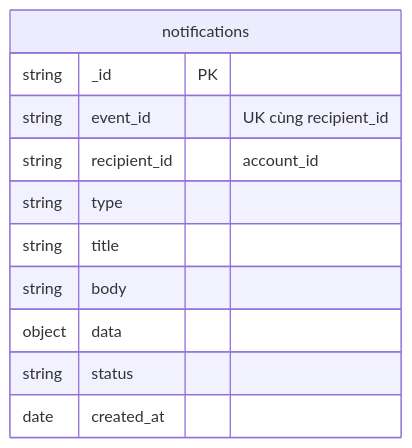
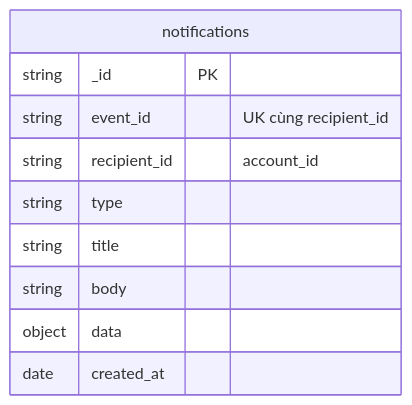
One commit to nghuuduc21/23699411_NguyenHuuDuc_CabSystem changed the seventh of 8 diagrams in docs/design/03-du-lieu.md. Above: the diagram before and after it, drawn with Mermaid. The commit also changed other lines of this file and 16 other files, not shown here.

````diff
--- a/docs/design/03-du-lieu.md
+++ b/docs/design/03-du-lieu.md
@@ -593,14 +614,13 @@
 ```mermaid
 erDiagram
   notifications {
     string _id PK
     string event_id "UK cùng recipient_id"
     string recipient_id "account_id"
     string type
     string title
     string body
     object data
-    string status
     date created_at
   }
 ```
````
